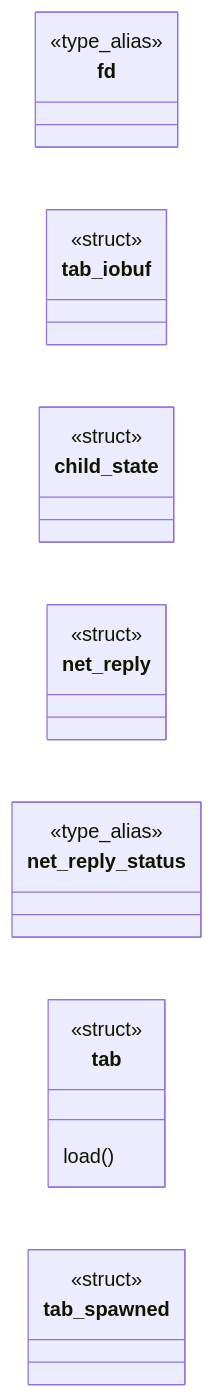
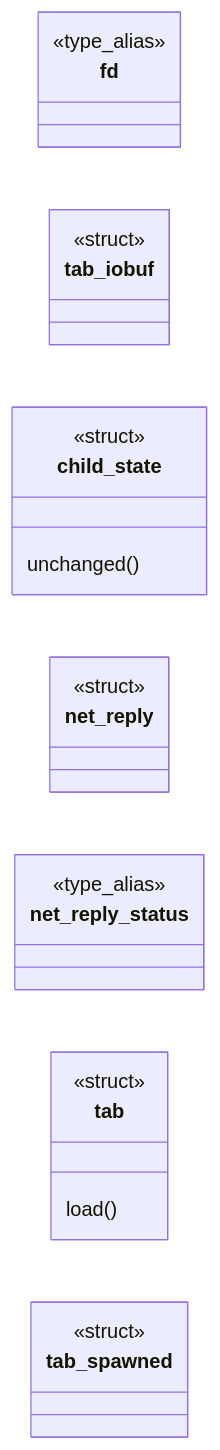
The first of 2 diagrams in readmenator-apidocs/modules/src.tab.c.md (grisuno/FreeDom), drawn with Mermaid before and after one commit. The commit also changed other lines of this file and 221 other files, not shown here.

````diff
--- a/readmenator-apidocs/modules/src.tab.c.md
+++ b/readmenator-apidocs/modules/src.tab.c.md
@@ -14,19 +14,20 @@
 ```mermaid
 classDiagram
     direction LR
     class fd
     <<type_alias>> fd
     class tab_iobuf
     <<struct>> tab_iobuf
     class child_state
     <<struct>> child_state
+    child_state : unchanged()
     class net_reply
     <<struct>> net_reply
     class net_reply_status
     <<type_alias>> net_reply_status
     class tab
     <<struct>> tab
     tab : load()
     class tab_spawned
     <<struct>> tab_spawned
 ```
````
